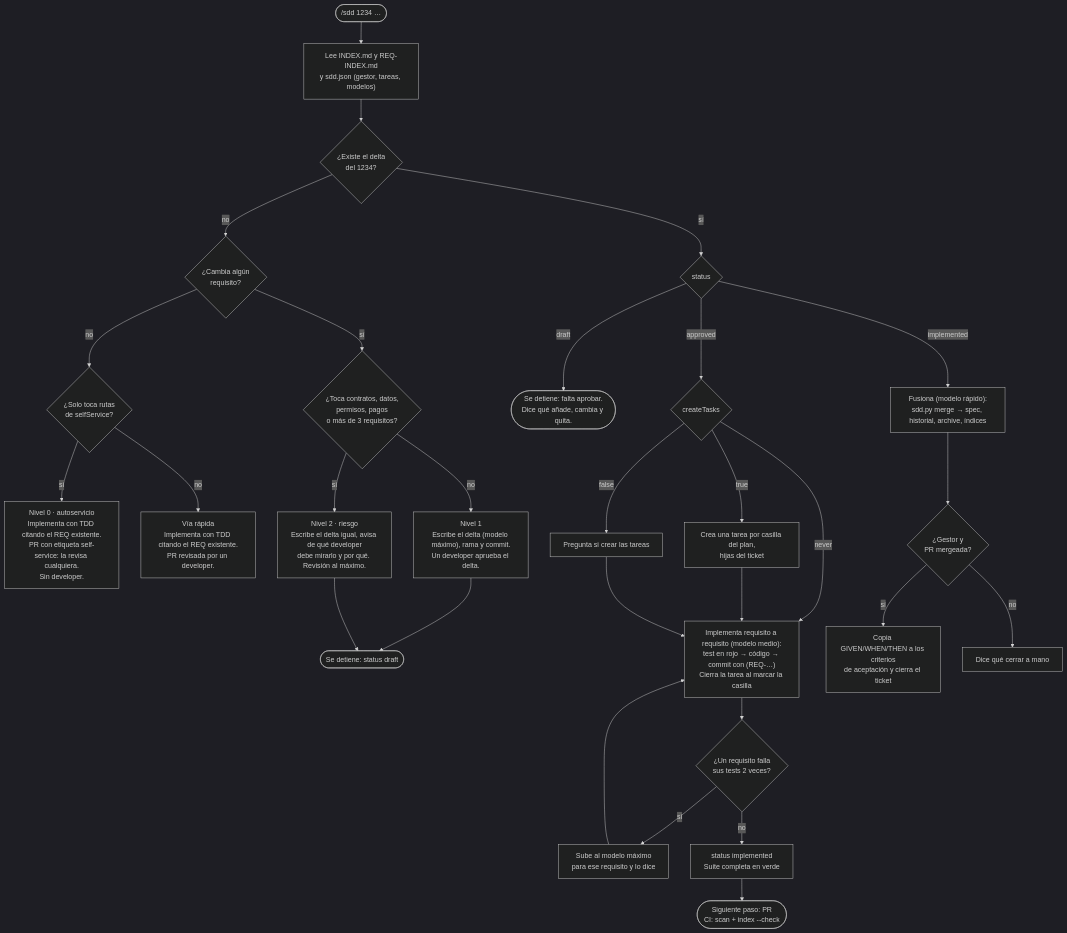
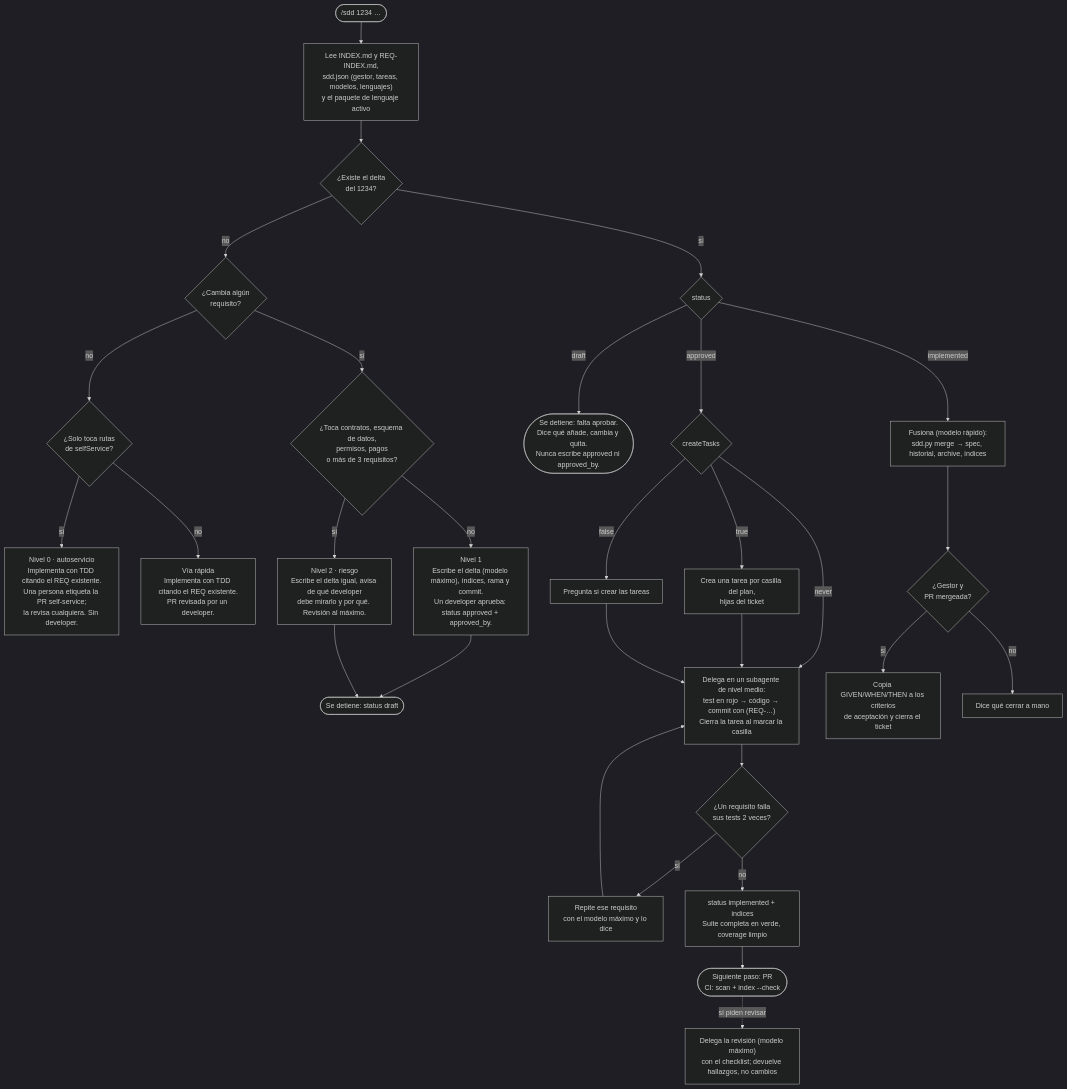
Before and after one commit to goguiGit/Sdd-Developer-setup: the diagram in examples/happy-path/README.md, drawn with Mermaid (dark theme). The commit also changed other lines of this file and 5 other files, not shown here.

````diff
--- a/examples/happy-path/README.md
+++ b/examples/happy-path/README.md
@@ -9,33 +9,34 @@
 ```mermaid
 flowchart TD
-    START(["/sdd 1234 …"]) --> IDX["Lee INDEX.md y REQ-INDEX.md<br/>y sdd.json (gestor, tareas, modelos)"]
+    START(["/sdd 1234 …"]) --> IDX["Lee INDEX.md y REQ-INDEX.md,<br/>sdd.json (gestor, tareas, modelos, lenguajes)<br/>y el paquete de lenguaje activo"]
     IDX --> HAS{"¿Existe el delta<br/>del 1234?"}
 
     HAS -- no --> REQ{"¿Cambia algún<br/>requisito?"}
     REQ -- no --> SELF{"¿Solo toca rutas<br/>de selfService?"}
-    SELF -- sí --> L0["Nivel 0 · autoservicio<br/>Implementa con TDD citando el REQ existente.<br/>PR con etiqueta self-service: la revisa cualquiera.<br/>Sin developer."]
+    SELF -- sí --> L0["Nivel 0 · autoservicio<br/>Implementa con TDD citando el REQ existente.<br/>Una persona etiqueta la PR self-service;<br/>la revisa cualquiera. Sin developer."]
     SELF -- no --> FAST["Vía rápida<br/>Implementa con TDD citando el REQ existente.<br/>PR revisada por un developer."]
-    REQ -- sí --> RISK{"¿Toca contratos, datos,<br/>permisos, pagos<br/>o más de 3 requisitos?"}
-    RISK -- no --> L1["Nivel 1<br/>Escribe el delta (modelo máximo), rama y commit.<br/>Un developer aprueba el delta."]
+    REQ -- sí --> RISK{"¿Toca contratos, esquema de datos,<br/>permisos, pagos<br/>o más de 3 requisitos?"}
+    RISK -- no --> L1["Nivel 1<br/>Escribe el delta (modelo máximo), índices, rama y commit.<br/>Un developer aprueba: status approved + approved_by."]
     RISK -- sí --> L2["Nivel 2 · riesgo<br/>Escribe el delta igual, avisa de qué developer<br/>debe mirarlo y por qué. Revisión al máximo."]
     L1 --> STOP1(["Se detiene: status draft"])
     L2 --> STOP1
 
     HAS -- sí --> ST{"status"}
-    ST -- draft --> WAIT(["Se detiene: falta aprobar.<br/>Dice qué añade, cambia y quita."])
+    ST -- draft --> WAIT(["Se detiene: falta aprobar.<br/>Dice qué añade, cambia y quita.<br/>Nunca escribe approved ni approved_by."])
     ST -- approved --> TASKS{"createTasks"}
     TASKS -- true --> MK["Crea una tarea por casilla del plan,<br/>hijas del ticket"]
     TASKS -- false --> ASK["Pregunta si crear las tareas"]
     TASKS -- never --> IMPL
     MK --> IMPL
     ASK --> IMPL
-    IMPL["Implementa requisito a requisito (modelo medio):<br/>test en rojo → código → commit con (REQ-…)<br/>Cierra la tarea al marcar la casilla"]
+    IMPL["Delega en un subagente de nivel medio:<br/>test en rojo → código → commit con (REQ-…)<br/>Cierra la tarea al marcar la casilla"]
     IMPL --> FAIL{"¿Un requisito falla<br/>sus tests 2 veces?"}
-    FAIL -- sí --> UP["Sube al modelo máximo<br/>para ese requisito y lo dice"] --> IMPL
-    FAIL -- no --> DONE["status implemented<br/>Suite completa en verde"]
+    FAIL -- sí --> UP["Repite ese requisito<br/>con el modelo máximo y lo dice"] --> IMPL
+    FAIL -- no --> DONE["status implemented + índices<br/>Suite completa en verde, coverage limpio"]
     DONE --> PR(["Siguiente paso: PR<br/>CI: scan + index --check"])
+    PR -. "si piden revisar" .-> REV["Delega la revisión (modelo máximo)<br/>con el checklist; devuelve hallazgos, no cambios"]
     ST -- implemented --> MERGE["Fusiona (modelo rápido):<br/>sdd.py merge → spec, historial, archive, índices"]
     MERGE --> CLOSE{"¿Gestor y<br/>PR mergeada?"}
     CLOSE -- sí --> TICKET["Copia GIVEN/WHEN/THEN a los criterios<br/>de aceptación y cierra el ticket"]
     CLOSE -- no --> MANUAL["Dice qué cerrar a mano"]
 ```
````
